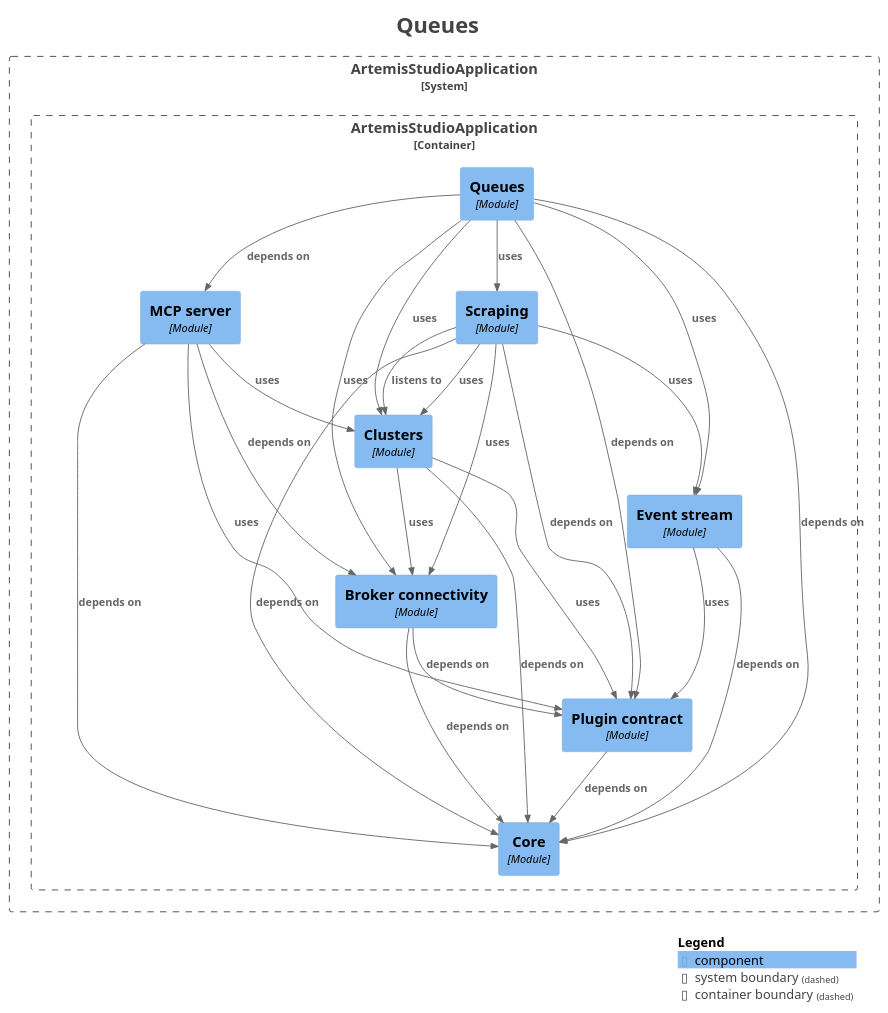
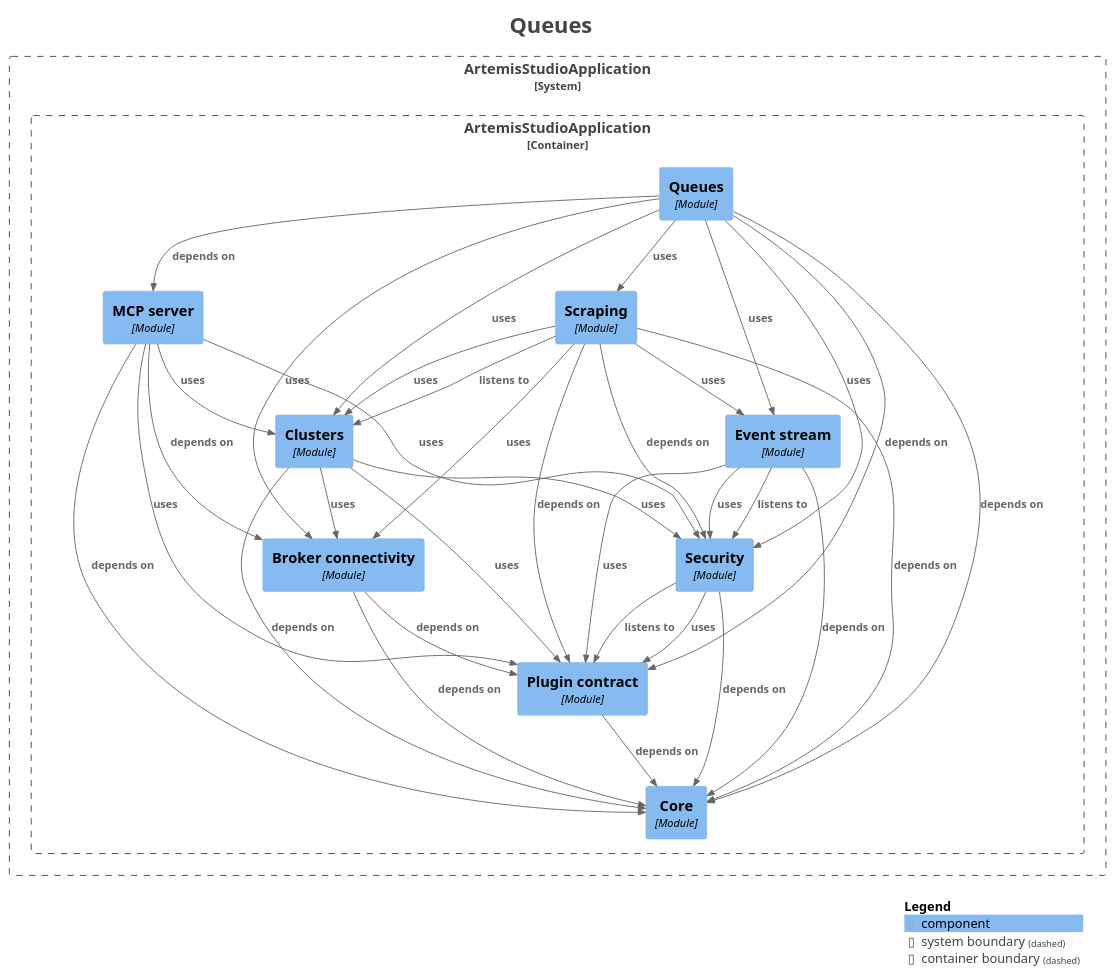
One commit to sudoitir/artemis-studio changed the diagram in docs/modules/module-feature.queues.puml. Above: the diagram before and after it, drawn with PlantUML. The commit also changed 57 other files, not shown here.

```diff
--- a/docs/modules/module-feature.queues.puml
+++ b/docs/modules/module-feature.queues.puml
@@ -1,60 +1,70 @@
 @startuml
 title <size:24>Queues</size>
 
 set separator none
 top to bottom direction
 
 <style>
   root {
     BackgroundColor: #ffffff
     FontColor: #444444
   }
 </style>
 
 !include <C4/C4>
 !include <C4/C4_Context>
 !include <C4/C4_Component>
 
 System_Boundary("ArtemisStudioApplication_boundary", "ArtemisStudioApplication", $tags="") {
   Container_Boundary("ArtemisStudioApplication.ArtemisStudioApplication_boundary", "ArtemisStudioApplication", $tags="") {
     Component(ArtemisStudioApplication.ArtemisStudioApplication.Eventstream, "Event stream", $techn="Module", $descr="", $tags="", $link="")
     Component(ArtemisStudioApplication.ArtemisStudioApplication.Brokerconnectivity, "Broker connectivity", $techn="Module", $descr="", $tags="", $link="")
     Component(ArtemisStudioApplication.ArtemisStudioApplication.Clusters, "Clusters", $techn="Module", $descr="", $tags="", $link="")
     Component(ArtemisStudioApplication.ArtemisStudioApplication.MCPserver, "MCP server", $techn="Module", $descr="", $tags="", $link="")
     Component(ArtemisStudioApplication.ArtemisStudioApplication.Scraping, "Scraping", $techn="Module", $descr="", $tags="", $link="")
     Component(ArtemisStudioApplication.ArtemisStudioApplication.Queues, "Queues", $techn="Module", $descr="", $tags="", $link="")
     Component(ArtemisStudioApplication.ArtemisStudioApplication.Core, "Core", $techn="Module", $descr="", $tags="", $link="")
     Component(ArtemisStudioApplication.ArtemisStudioApplication.Plugincontract, "Plugin contract", $techn="Module", $descr="", $tags="", $link="")
+    Component(ArtemisStudioApplication.ArtemisStudioApplication.Security, "Security", $techn="Module", $descr="", $tags="", $link="")
   }
 
 }
 
 Rel(ArtemisStudioApplication.ArtemisStudioApplication.Brokerconnectivity, ArtemisStudioApplication.ArtemisStudioApplication.Core, "depends on", $techn="", $tags="", $link="")
 Rel(ArtemisStudioApplication.ArtemisStudioApplication.Brokerconnectivity, ArtemisStudioApplication.ArtemisStudioApplication.Plugincontract, "depends on", $techn="", $tags="", $link="")
 Rel(ArtemisStudioApplication.ArtemisStudioApplication.Clusters, ArtemisStudioApplication.ArtemisStudioApplication.Brokerconnectivity, "uses", $techn="", $tags="", $link="")
 Rel(ArtemisStudioApplication.ArtemisStudioApplication.Clusters, ArtemisStudioApplication.ArtemisStudioApplication.Core, "depends on", $techn="", $tags="", $link="")
 Rel(ArtemisStudioApplication.ArtemisStudioApplication.Clusters, ArtemisStudioApplication.ArtemisStudioApplication.Plugincontract, "uses", $techn="", $tags="", $link="")
+Rel(ArtemisStudioApplication.ArtemisStudioApplication.Clusters, ArtemisStudioApplication.ArtemisStudioApplication.Security, "uses", $techn="", $tags="", $link="")
 Rel(ArtemisStudioApplication.ArtemisStudioApplication.Eventstream, ArtemisStudioApplication.ArtemisStudioApplication.Core, "depends on", $techn="", $tags="", $link="")
 Rel(ArtemisStudioApplication.ArtemisStudioApplication.Eventstream, ArtemisStudioApplication.ArtemisStudioApplication.Plugincontract, "uses", $techn="", $tags="", $link="")
+Rel(ArtemisStudioApplication.ArtemisStudioApplication.Eventstream, ArtemisStudioApplication.ArtemisStudioApplication.Security, "listens to", $techn="", $tags="", $link="")
+Rel(ArtemisStudioApplication.ArtemisStudioApplication.Eventstream, ArtemisStudioApplication.ArtemisStudioApplication.Security, "uses", $techn="", $tags="", $link="")
 Rel(ArtemisStudioApplication.ArtemisStudioApplication.MCPserver, ArtemisStudioApplication.ArtemisStudioApplication.Brokerconnectivity, "depends on", $techn="", $tags="", $link="")
 Rel(ArtemisStudioApplication.ArtemisStudioApplication.MCPserver, ArtemisStudioApplication.ArtemisStudioApplication.Clusters, "uses", $techn="", $tags="", $link="")
 Rel(ArtemisStudioApplication.ArtemisStudioApplication.MCPserver, ArtemisStudioApplication.ArtemisStudioApplication.Core, "depends on", $techn="", $tags="", $link="")
 Rel(ArtemisStudioApplication.ArtemisStudioApplication.MCPserver, ArtemisStudioApplication.ArtemisStudioApplication.Plugincontract, "uses", $techn="", $tags="", $link="")
+Rel(ArtemisStudioApplication.ArtemisStudioApplication.MCPserver, ArtemisStudioApplication.ArtemisStudioApplication.Security, "uses", $techn="", $tags="", $link="")
 Rel(ArtemisStudioApplication.ArtemisStudioApplication.Plugincontract, ArtemisStudioApplication.ArtemisStudioApplication.Core, "depends on", $techn="", $tags="", $link="")
 Rel(ArtemisStudioApplication.ArtemisStudioApplication.Queues, ArtemisStudioApplication.ArtemisStudioApplication.Brokerconnectivity, "uses", $techn="", $tags="", $link="")
 Rel(ArtemisStudioApplication.ArtemisStudioApplication.Queues, ArtemisStudioApplication.ArtemisStudioApplication.Clusters, "uses", $techn="", $tags="", $link="")
 Rel(ArtemisStudioApplication.ArtemisStudioApplication.Queues, ArtemisStudioApplication.ArtemisStudioApplication.Core, "depends on", $techn="", $tags="", $link="")
 Rel(ArtemisStudioApplication.ArtemisStudioApplication.Queues, ArtemisStudioApplication.ArtemisStudioApplication.Eventstream, "uses", $techn="", $tags="", $link="")
 Rel(ArtemisStudioApplication.ArtemisStudioApplication.Queues, ArtemisStudioApplication.ArtemisStudioApplication.MCPserver, "depends on", $techn="", $tags="", $link="")
 Rel(ArtemisStudioApplication.ArtemisStudioApplication.Queues, ArtemisStudioApplication.ArtemisStudioApplication.Plugincontract, "depends on", $techn="", $tags="", $link="")
 Rel(ArtemisStudioApplication.ArtemisStudioApplication.Queues, ArtemisStudioApplication.ArtemisStudioApplication.Scraping, "uses", $techn="", $tags="", $link="")
+Rel(ArtemisStudioApplication.ArtemisStudioApplication.Queues, ArtemisStudioApplication.ArtemisStudioApplication.Security, "uses", $techn="", $tags="", $link="")
 Rel(ArtemisStudioApplication.ArtemisStudioApplication.Scraping, ArtemisStudioApplication.ArtemisStudioApplication.Brokerconnectivity, "uses", $techn="", $tags="", $link="")
 Rel(ArtemisStudioApplication.ArtemisStudioApplication.Scraping, ArtemisStudioApplication.ArtemisStudioApplication.Clusters, "listens to", $techn="", $tags="", $link="")
 Rel(ArtemisStudioApplication.ArtemisStudioApplication.Scraping, ArtemisStudioApplication.ArtemisStudioApplication.Clusters, "uses", $techn="", $tags="", $link="")
 Rel(ArtemisStudioApplication.ArtemisStudioApplication.Scraping, ArtemisStudioApplication.ArtemisStudioApplication.Core, "depends on", $techn="", $tags="", $link="")
 Rel(ArtemisStudioApplication.ArtemisStudioApplication.Scraping, ArtemisStudioApplication.ArtemisStudioApplication.Eventstream, "uses", $techn="", $tags="", $link="")
 Rel(ArtemisStudioApplication.ArtemisStudioApplication.Scraping, ArtemisStudioApplication.ArtemisStudioApplication.Plugincontract, "depends on", $techn="", $tags="", $link="")
+Rel(ArtemisStudioApplication.ArtemisStudioApplication.Scraping, ArtemisStudioApplication.ArtemisStudioApplication.Security, "depends on", $techn="", $tags="", $link="")
+Rel(ArtemisStudioApplication.ArtemisStudioApplication.Security, ArtemisStudioApplication.ArtemisStudioApplication.Core, "depends on", $techn="", $tags="", $link="")
+Rel(ArtemisStudioApplication.ArtemisStudioApplication.Security, ArtemisStudioApplication.ArtemisStudioApplication.Plugincontract, "listens to", $techn="", $tags="", $link="")
+Rel(ArtemisStudioApplication.ArtemisStudioApplication.Security, ArtemisStudioApplication.ArtemisStudioApplication.Plugincontract, "uses", $techn="", $tags="", $link="")
 
 SHOW_LEGEND(true)
 hide stereotypes
 @enduml
```
